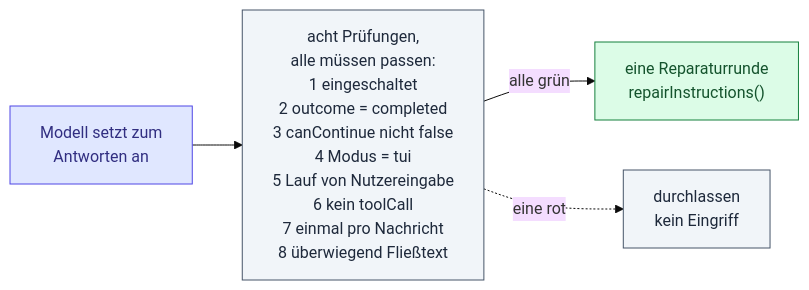
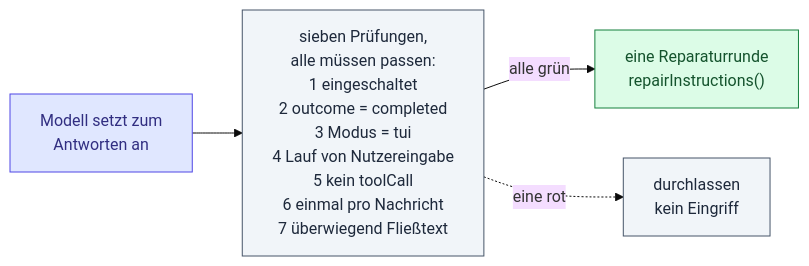
One commit to adrianhoehne/ste-lint changed the fourth of 5 diagrams in docs/ablaeufe.md. Above: the diagram before and after it, drawn with Mermaid (base theme). The commit also changed other lines of this file and 6 other files, not shown here.

First line of the commit message:
ste-lint 0.1.3: canContinue-Prüfung entfernt — sie hat jede Reparatur verhindert

````diff
--- a/docs/ablaeufe.md
+++ b/docs/ablaeufe.md
@@ -81,13 +81,13 @@
 ```mermaid
 flowchart LR
-  S["Modell setzt zum<br/>Antworten an"] --> G["acht Prüfungen,<br/>alle müssen passen:<br/>1 eingeschaltet<br/>2 outcome = completed<br/>3 canContinue nicht false<br/>4 Modus = tui<br/>5 Lauf von Nutzereingabe<br/>6 kein toolCall<br/>7 einmal pro Nachricht<br/>8 überwiegend Fließtext"]
+  S["Modell setzt zum<br/>Antworten an"] --> G["sieben Prüfungen,<br/>alle müssen passen:<br/>1 eingeschaltet<br/>2 outcome = completed<br/>3 Modus = tui<br/>4 Lauf von Nutzereingabe<br/>5 kein toolCall<br/>6 einmal pro Nachricht<br/>7 überwiegend Fließtext"]
   G -->|alle grün| R["eine Reparaturrunde<br/>repairInstructions()"]
   G -.->|eine rot| P["durchlassen<br/>kein Eingriff"]
   classDef plain fill:#f1f5f9,stroke:#475569,color:#1e293b
   classDef hook fill:#e0e7ff,stroke:#4f46e5,color:#312e81
   classDef good fill:#dcfce7,stroke:#15803d,color:#14532d
   class S hook
   class G plain
   class R good
   class P plain
 ```
````
